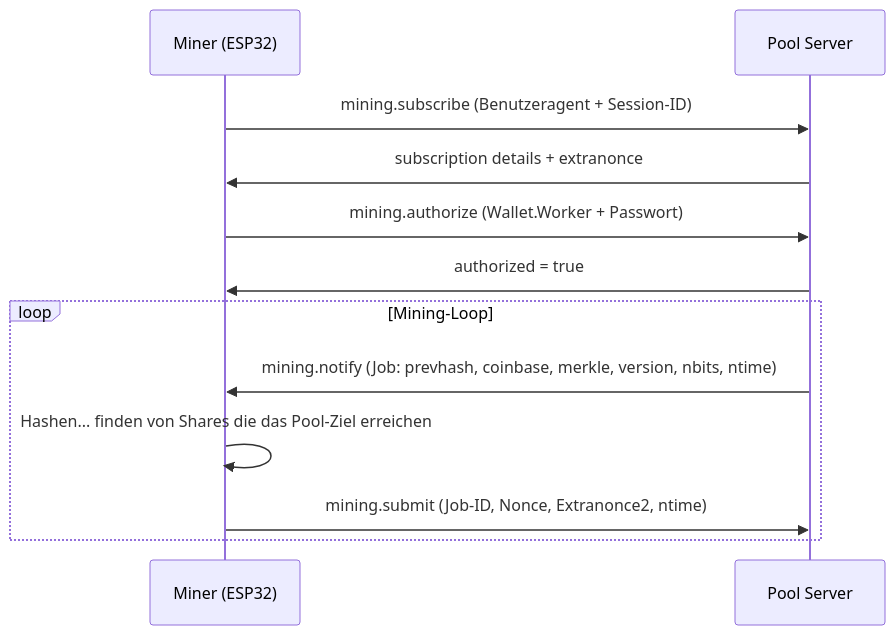
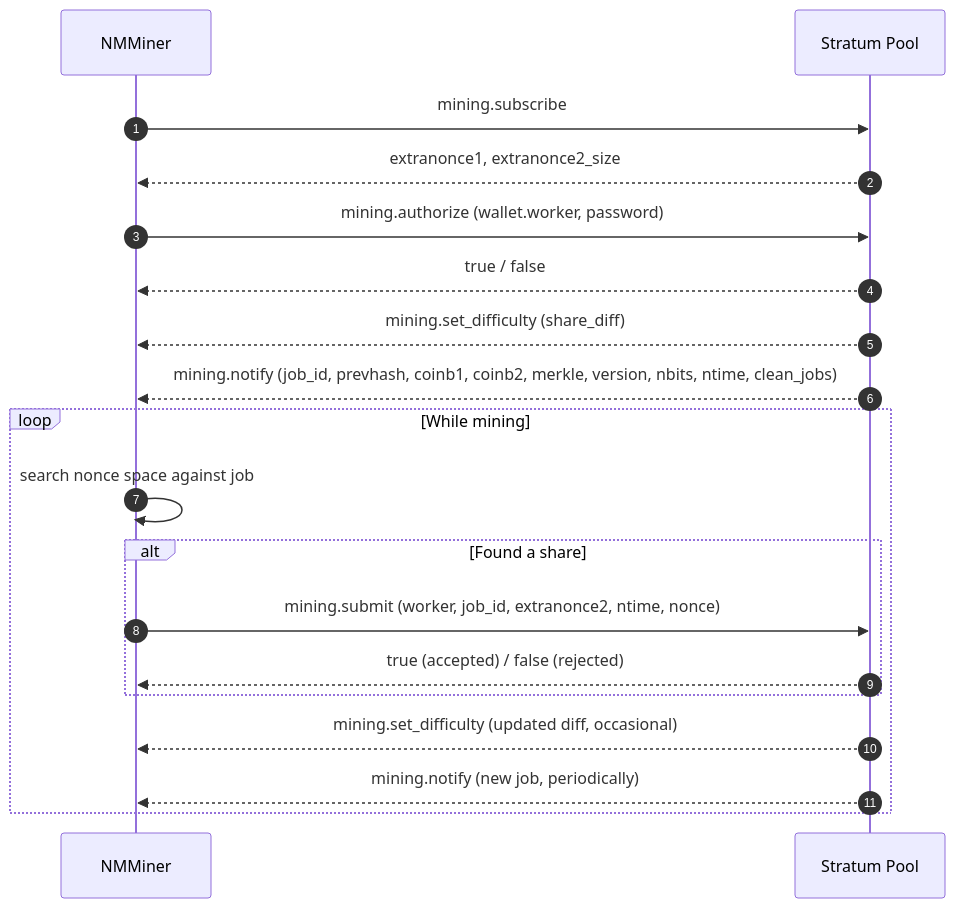
The diagram in i18n/de/docusaurus-plugin-content-docs/current/how-mining-works/stratum-protocol.md (NMminer1024/wiki), drawn with Mermaid before and after one commit. The commit also changed other lines of this file and 105 other files, not shown here.

````diff
--- a/i18n/de/docusaurus-plugin-content-docs/current/how-mining-works/stratum-protocol.md
+++ b/i18n/de/docusaurus-plugin-content-docs/current/how-mining-works/stratum-protocol.md
@@ -12,15 +24,22 @@
 ```mermaid
 sequenceDiagram
-    participant M as Miner (ESP32)
-    participant P as Pool Server
+    autonumber
+    participant Miner as NMMiner
+    participant Pool as Stratum Pool
 
-    M->>P: mining.subscribe (Benutzeragent + Session-ID)
-    P->>M: subscription details + extranonce
-    M->>P: mining.authorize (Wallet.Worker + Passwort)
-    P->>M: authorized = true
-    loop Mining-Loop
-        P->>M: mining.notify (Job: prevhash, coinbase, merkle, version, nbits, ntime)
-        M->>M: Hashen... finden von Shares die das Pool-Ziel erreichen
-        M->>P: mining.submit (Job-ID, Nonce, Extranonce2, ntime)
+    Miner->>Pool: mining.subscribe
+    Pool-->>Miner: extranonce1, extranonce2_size
+    Miner->>Pool: mining.authorize (wallet.worker, password)
+    Pool-->>Miner: true / false
+    Pool-->>Miner: mining.set_difficulty (share_diff)
+    Pool-->>Miner: mining.notify (job_id, prevhash, coinb1, coinb2, merkle, version, nbits, ntime, clean_jobs)
+    loop While mining
+        Miner->>Miner: search nonce space against job
+        alt Found a share
+            Miner->>Pool: mining.submit (worker, job_id, extranonce2, ntime, nonce)
+            Pool-->>Miner: true (accepted) / false (rejected)
+        end
+        Pool-->>Miner: mining.set_difficulty (updated diff, occasional)
+        Pool-->>Miner: mining.notify (new job, periodically)
     end
 ```
````
